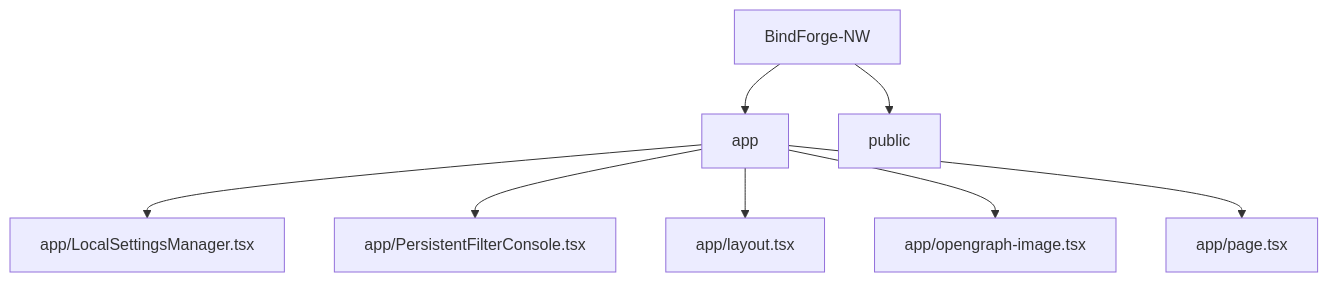
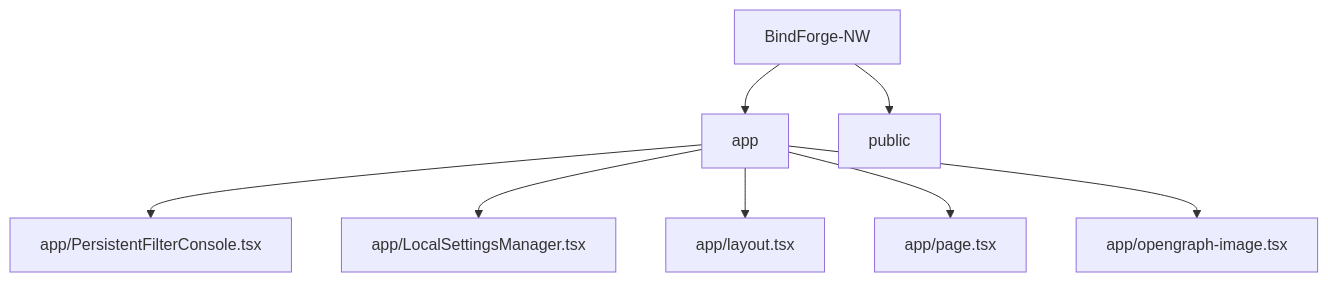
The second of 5 diagrams in README.md (Nischhalsubba/BindForge-NW), drawn with Mermaid before and after one commit. The commit also changed other lines of this file, not shown here.

````diff
--- a/README.md
+++ b/README.md
@@ -49,11 +85,11 @@
 ```mermaid
 flowchart TD
     APP["BindForge-NW"]
     APP --> R0["app"]
     APP --> R1["public"]
-    R0 --> F0["app/LocalSettingsManager.tsx"]
-    R0 --> F1["app/PersistentFilterConsole.tsx"]
+    R0 --> F0["app/PersistentFilterConsole.tsx"]
+    R0 --> F1["app/LocalSettingsManager.tsx"]
     R0 --> F2["app/layout.tsx"]
-    R0 --> F3["app/opengraph-image.tsx"]
-    R0 --> F4["app/page.tsx"]
+    R0 --> F3["app/page.tsx"]
+    R0 --> F4["app/opengraph-image.tsx"]
 ```
````
